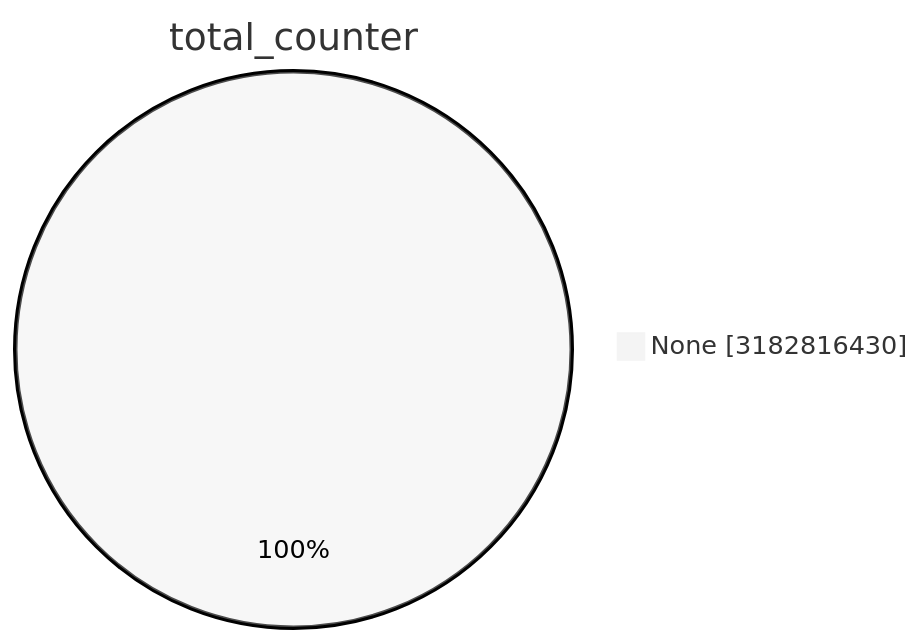
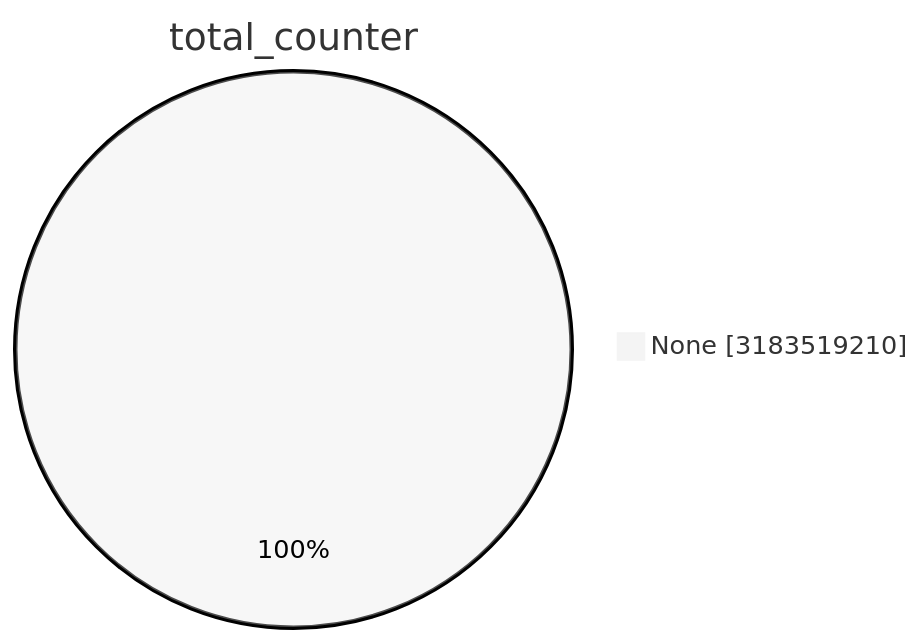
One commit to christiankrug/ctmonitor_visualization changed the first of 15 diagrams in TOTAL/README.md. Above: the diagram before and after it, drawn with Mermaid (neutral theme). The commit also changed other lines of this file, not shown here.

````diff
--- a/TOTAL/README.md
+++ b/TOTAL/README.md
@@ -1,5 +1,5 @@
 ```mermaid
 pie showData
 title total_counter
-"None" :3182816430
+"None" :3183519210
 ```
````
